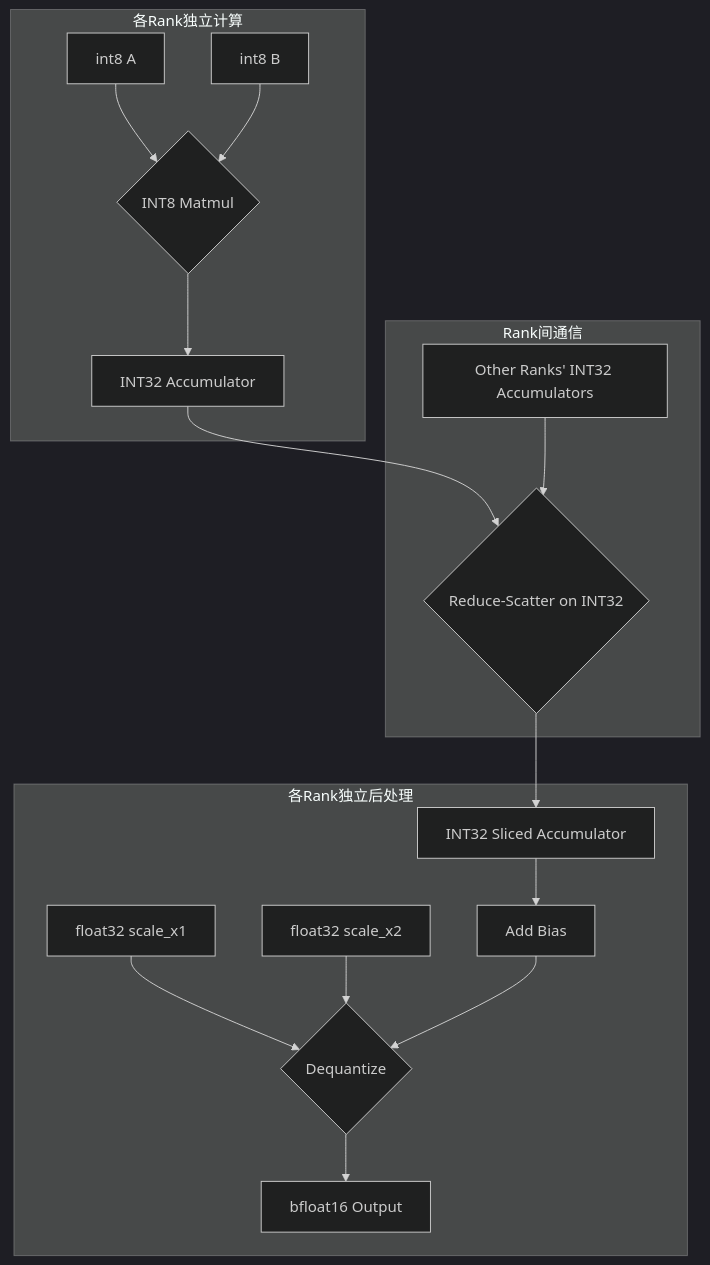
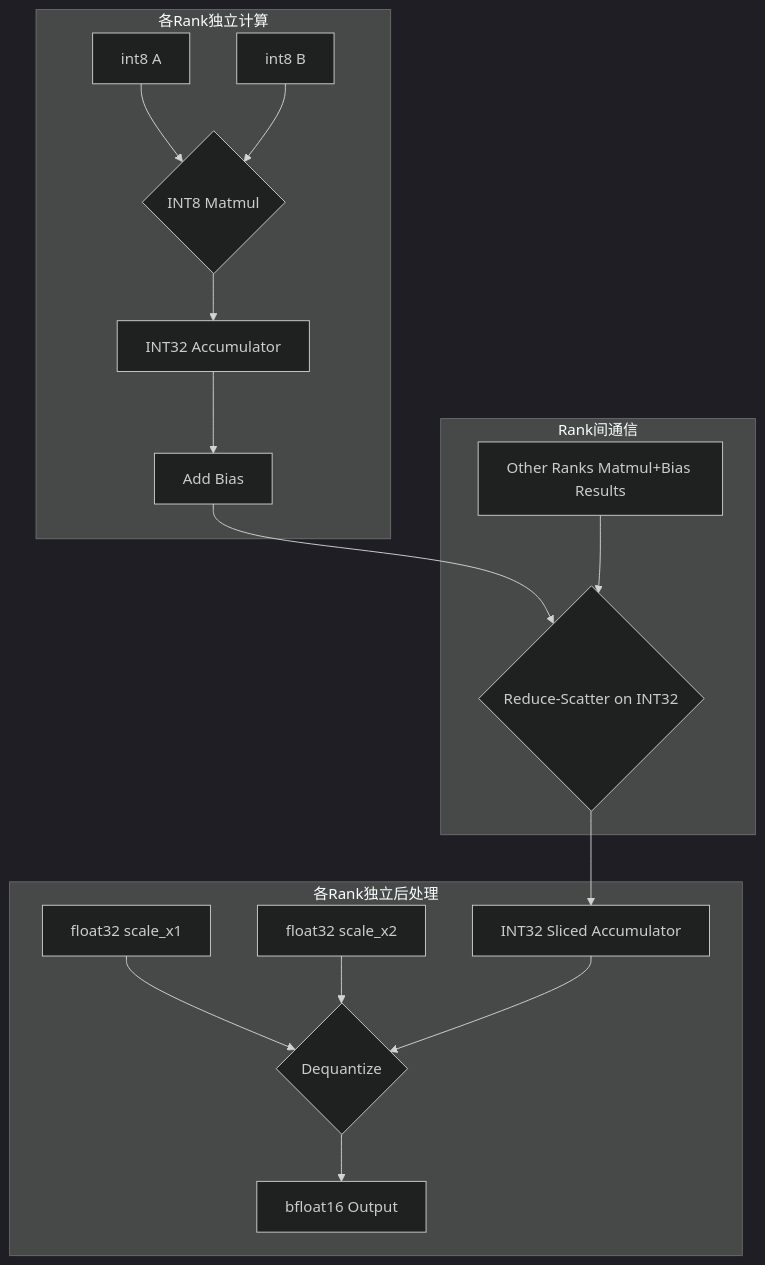
Before and after one commit to BillionsRichard/mm_rs_with_catlass: the first of 2 diagrams in quantized_matmul_reduce_scatter_design.md, drawn with Mermaid (dark theme). The commit also changed other lines of this file, not shown here.

Commit message:
Update quantized_matmul_reduce_scatter_design.md--addbias after mm

````diff
--- a/quantized_matmul_reduce_scatter_design.md
+++ b/quantized_matmul_reduce_scatter_design.md
@@ -41,22 +41,22 @@
 ```mermaid
 graph TD
     subgraph "各Rank独立计算"
         A[int8 A] --> C{INT8 Matmul}
         B[int8 B] --> C
         C --> D[INT32 Accumulator]
+        D --> H[Add Bias]
     end
 
     subgraph "Rank间通信"
-        D --> E{Reduce-Scatter on INT32}
-        F[Other Ranks' INT32 Accumulators] --> E
+        H --> E{Reduce-Scatter on INT32}
+        F[Other Ranks Matmul+Bias Results] --> E
     end
 
     subgraph "各Rank独立后处理"
         E --> G[INT32 Sliced Accumulator]
-        G --> H[Add Bias]
         I[float32 scale_x1] --> J{Dequantize}
         K[float32 scale_x2] --> J
-        H --> J
+        G --> J
         J --> L[bfloat16 Output]
     end
 ```
````
